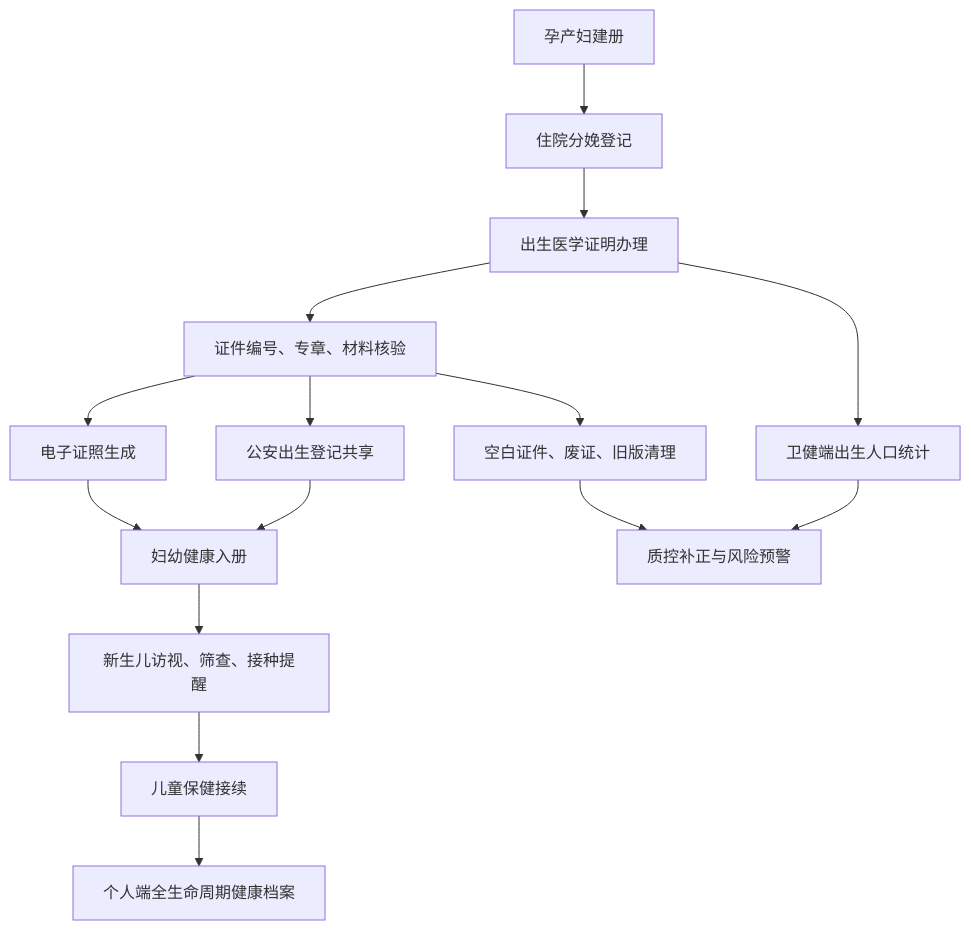
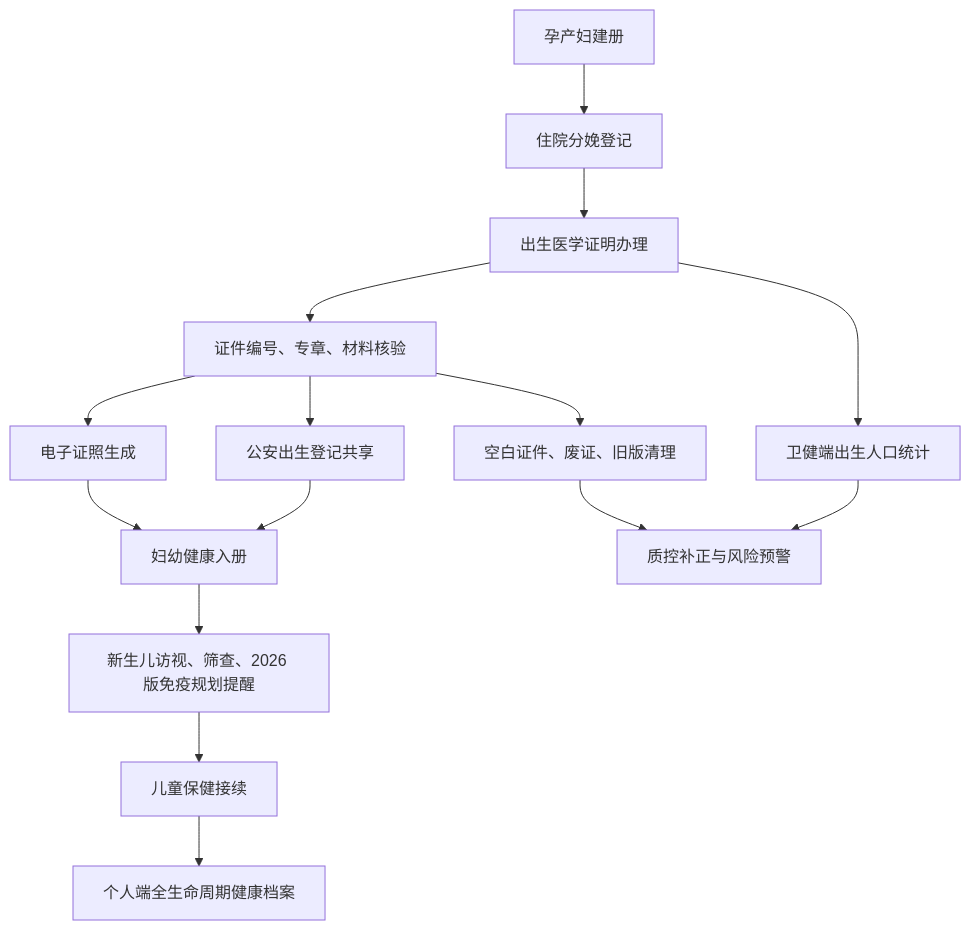
The diagram in docs/maternal-child-policy.md (xujiann/chronic-care-platform), drawn with Mermaid before and after one commit. The commit also changed other lines of this file and 27 other files, not shown here.

````diff
--- a/docs/maternal-child-policy.md
+++ b/docs/maternal-child-policy.md
@@ -43,17 +48,17 @@
 ```mermaid
 flowchart TD
   A["孕产妇建册"] --> B["住院分娩登记"]
   B --> C["出生医学证明办理"]
   C --> D["证件编号、专章、材料核验"]
   D --> E["电子证照生成"]
   D --> F["公安出生登记共享"]
   E --> G["妇幼健康入册"]
   F --> G
-  G --> H["新生儿访视、筛查、接种提醒"]
+  G --> H["新生儿访视、筛查、2026 版免疫规划提醒"]
   H --> I["儿童保健接续"]
   C --> J["卫健端出生人口统计"]
   D --> K["空白证件、废证、旧版清理"]
   J --> L["质控补正与风险预警"]
   K --> L
   I --> M["个人端全生命周期健康档案"]
 ```
````
